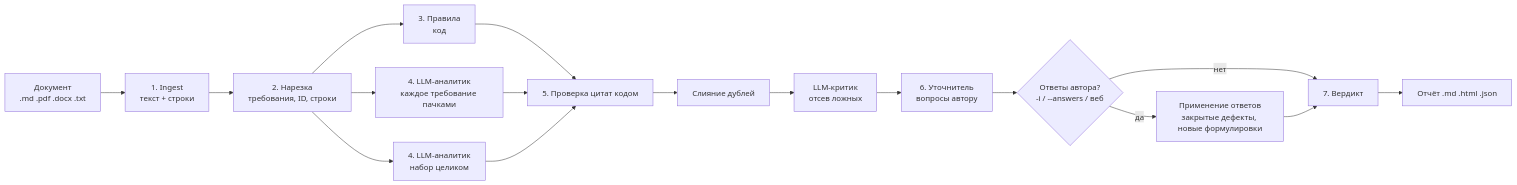
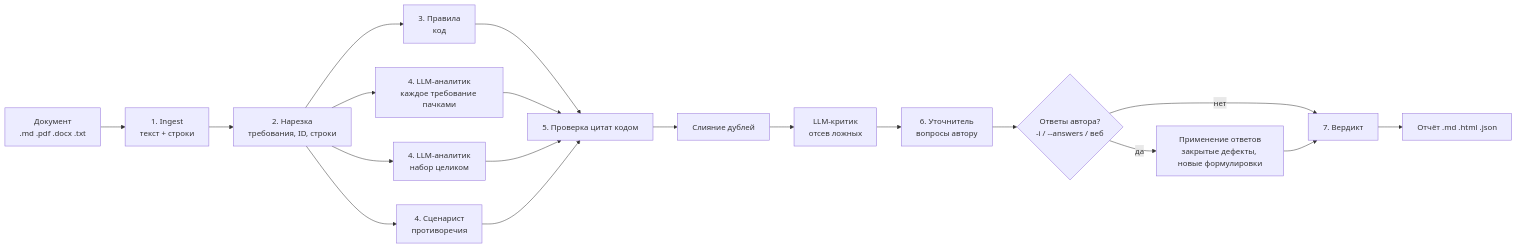
The first of 2 diagrams in docs/ARCHITECTURE.md (MansurCyberDev/bcc-fintech-hack), drawn with Mermaid before and after one commit. The commit also changed other lines of this file and 6 other files, not shown here.

````diff
--- a/docs/ARCHITECTURE.md
+++ b/docs/ARCHITECTURE.md
@@ -5,19 +5,21 @@
 ```mermaid
 flowchart LR
   A[Документ<br/>.md .pdf .docx .txt] --> B[1. Ingest<br/>текст + строки]
   B --> C[2. Нарезка<br/>требования, ID, строки]
   C --> D[3. Правила<br/>код]
   C --> E[4. LLM-аналитик<br/>каждое требование пачками]
   C --> F[4. LLM-аналитик<br/>набор целиком]
+  C --> F2[4. Сценарист<br/>противоречия]
   D --> G[5. Проверка цитат кодом]
   E --> G
   F --> G
+  F2 --> G
   G --> H[Слияние дублей]
   H --> I[LLM-критик<br/>отсев ложных]
   I --> J[6. Уточнитель<br/>вопросы автору]
   J --> K{Ответы автора?<br/>-i / --answers / веб}
   K -- да --> L[Применение ответов<br/>закрытые дефекты, новые формулировки]
   K -- нет --> M[7. Вердикт]
   L --> M
   M --> N[Отчёт .md .html .json]
 ```
````
